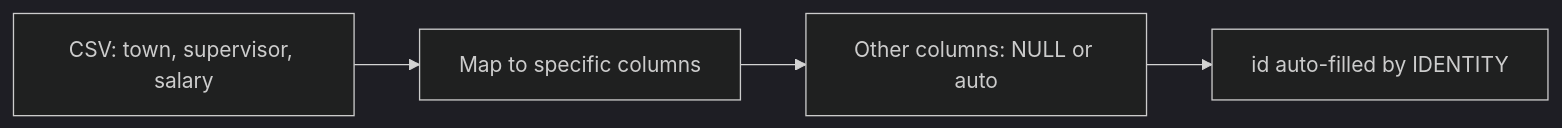
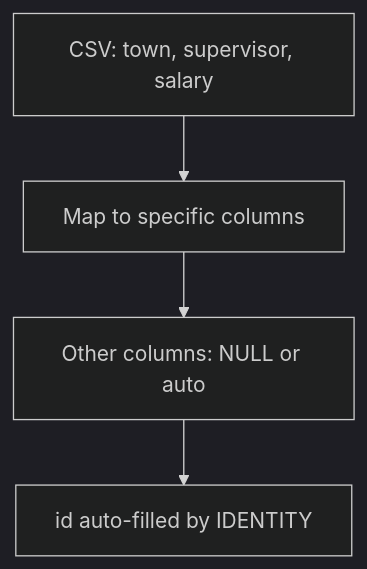
Before and after one commit to Furba2/Obsidian: the seventh of 12 diagrams in Practical SQL/chap_5.md, drawn with Mermaid (dark theme). The commit also changed other lines of this file and 2 other files, not shown here.

````diff
--- a/Practical SQL/chap_5.md
+++ b/Practical SQL/chap_5.md
@@ -236,6 +188,6 @@
 ```mermaid
-flowchart LR
+flowchart TD
     A[CSV: town, supervisor, salary] --> B[Map to specific columns]
     B --> C[Other columns: NULL or auto]
     C --> D[id auto-filled by IDENTITY]
 ```
````
